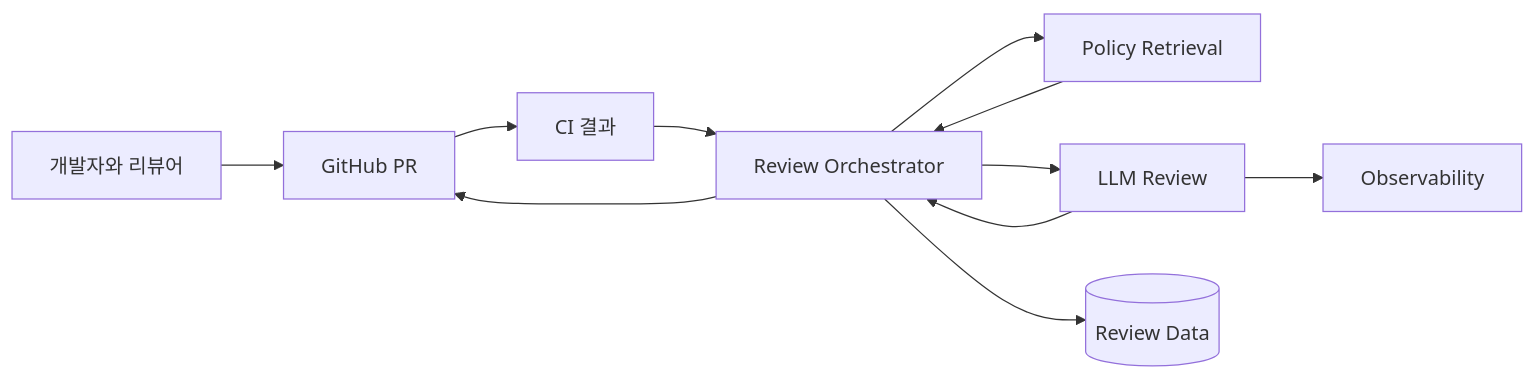
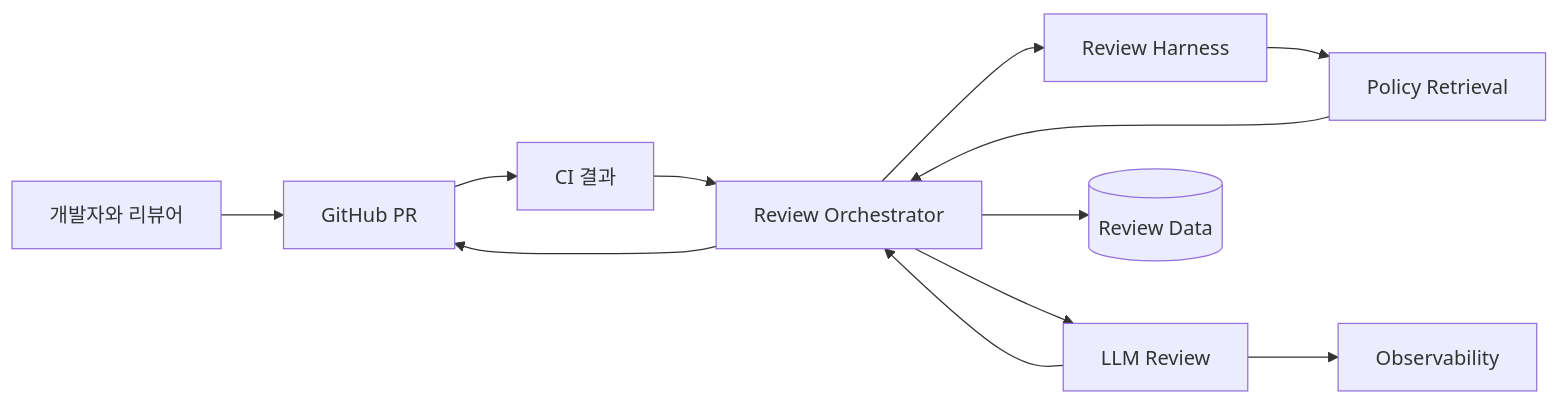
Before and after one commit to AIBoot-Upstage/PR-Review-Agent: the diagram in docs/프로젝트 설명서.md, drawn with Mermaid. The commit also changed other lines of this file and 52 other files, not shown here.

Commit message:
feat: ground reviews with policy harness

````diff
--- a/docs/프로젝트 설명서.md
+++ b/docs/프로젝트 설명서.md
@@ -120,13 +129,14 @@
 ```mermaid
 flowchart LR
     U[개발자와 리뷰어] --> G[GitHub PR]
     G --> C[CI 결과]
     C --> O[Review Orchestrator]
-    O --> R[Policy Retrieval]
+    O --> H[Review Harness]
+    H --> R[Policy Retrieval]
     O --> M[LLM Review]
     R --> O
     M --> O
     O --> G
     O --> D[(Review Data)]
     M --> T[Observability]
 ```
````
